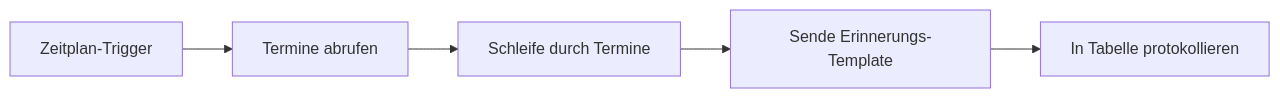
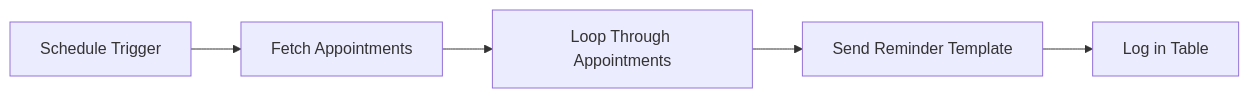
The third of 3 diagrams in en/whatsapp/automation.mdx (bekgroup/Famulor-docs-de), drawn with Mermaid before and after one commit. The commit also changed other lines of this file and 11 other files, not shown here.

````diff
--- a/en/whatsapp/automation.mdx
+++ b/en/whatsapp/automation.mdx
@@ -161,7 +160,7 @@
 ```mermaid  theme={null}
 flowchart LR
-    A[Zeitplan-Trigger] --> B[Termine abrufen]
-    B --> C[Schleife durch Termine]
-    C --> D[Sende Erinnerungs-Template]
-    D --> E[In Tabelle protokollieren]
+    A[Schedule Trigger] --> B[Fetch Appointments]
+    B --> C[Loop Through Appointments]
+    C --> D[Send Reminder Template]
+    D --> E[Log in Table]
 ```
````
